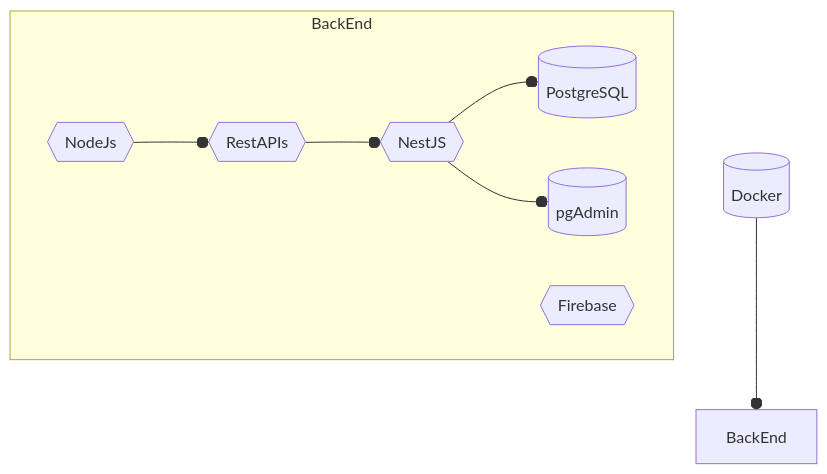
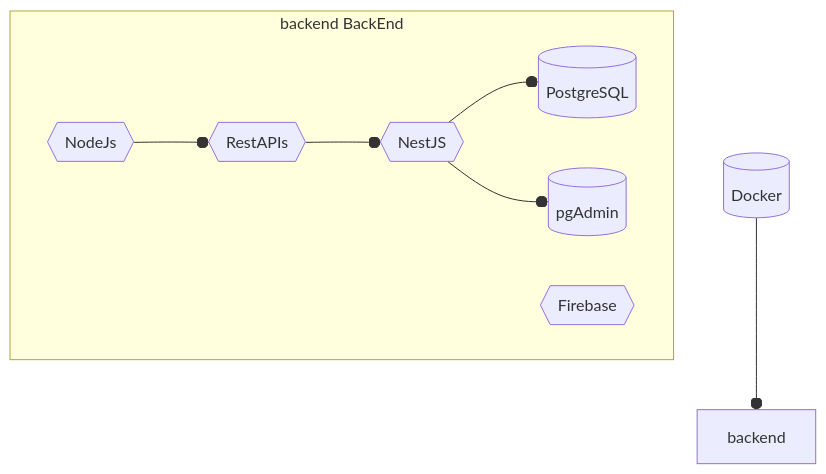
The second of 3 diagrams in README.md (ricardoiso/ricardoiso), drawn with Mermaid before and after one commit.

Commit message:
fix docker backend

````diff
--- a/README.md
+++ b/README.md
@@ -64,23 +64,23 @@
 ```mermaid
 flowchart 
 node{{NodeJs}}
 rest{{RestAPIs}}
 fb{{Firebase}}
 nest{{NestJS}}
 pst[("PostgreSQL")]
 pg[("pgAdmin")]
 docker[("Docker")]
- subgraph  BackEnd
+ subgraph backend BackEnd
 node
 fb
 rest
 nest
 pst
 pg
  end
  node --o rest
  rest --o nest
  nest --o pst
  nest --o pg
- docker --o BackEnd
+ docker --o backend
 ```
````
